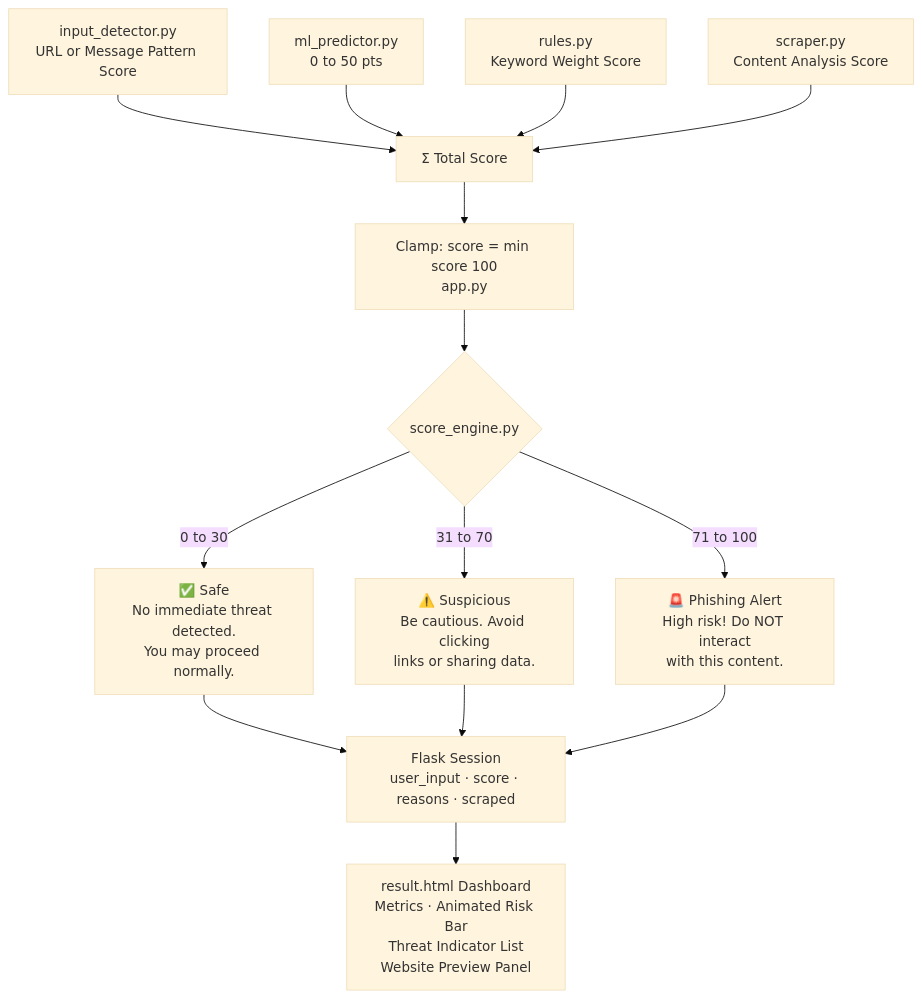
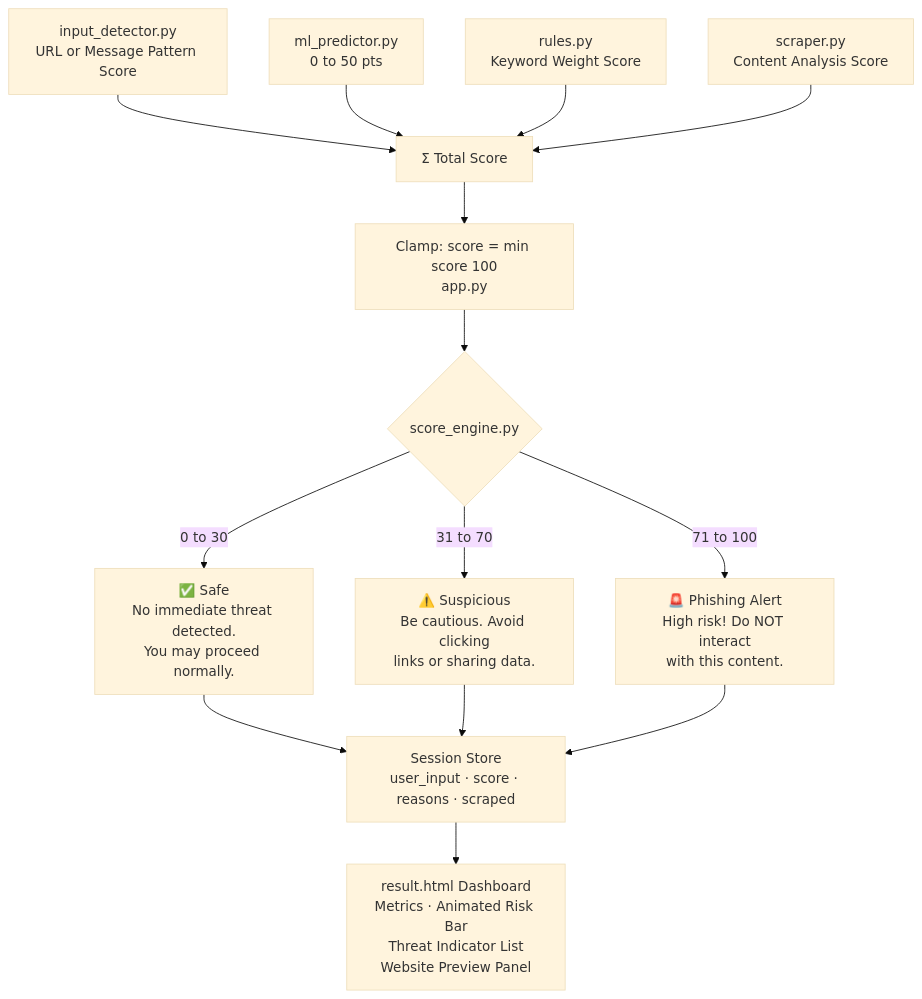
One commit to Sreelakshmi-K-S/SecureAssist changed the fifth of 5 diagrams in README.md. Above: the diagram before and after it, drawn with Mermaid (base theme). The commit also changed other lines of this file, not shown here.

````diff
--- a/README.md
+++ b/README.md
@@ -191,17 +198,17 @@
 ```mermaid
 flowchart TD
     A["input_detector.py\nURL or Message Pattern Score"] --> SUM
     B["ml_predictor.py\n0 to 50 pts"] --> SUM
     C["rules.py\nKeyword Weight Score"] --> SUM
     D["scraper.py\nContent Analysis Score"] --> SUM
 
     SUM["Σ Total Score"] --> CLAMP["Clamp: score = min score 100\napp.py"]
     CLAMP --> SE{"score_engine.py"}
 
     SE -->|"0 to 30"| SAFE["✅ Safe\nNo immediate threat detected.\nYou may proceed normally."]
     SE -->|"31 to 70"| SUSP["⚠️ Suspicious\nBe cautious. Avoid clicking\nlinks or sharing data."]
     SE -->|"71 to 100"| THREAT["🚨 Phishing Alert\nHigh risk! Do NOT interact\nwith this content."]
 
-    SAFE & SUSP & THREAT --> SESSION["Flask Session\nuser_input · score · reasons · scraped"]
+    SAFE & SUSP & THREAT --> SESSION["Session Store\nuser_input · score · reasons · scraped"]
     SESSION --> DASH["result.html Dashboard\nMetrics · Animated Risk Bar\nThreat Indicator List\nWebsite Preview Panel"]
 ```
````
